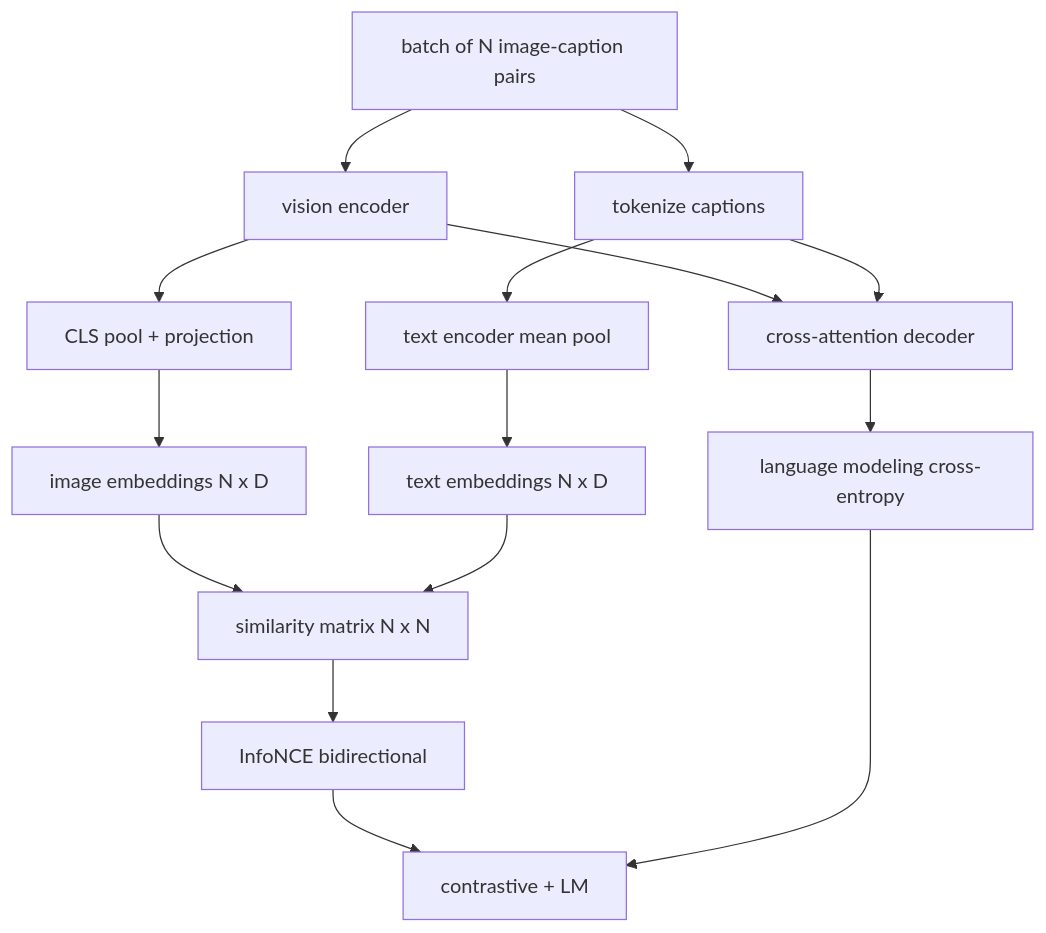
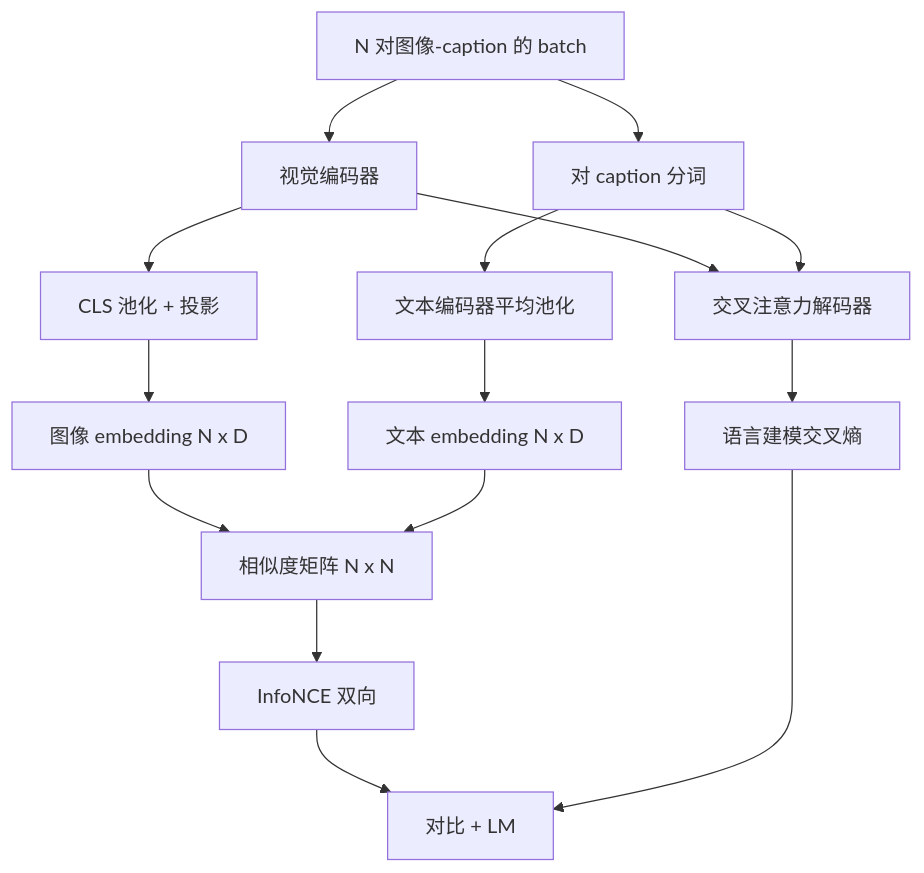
One commit to guangningsun/ailearning changed the diagram in lessons/19-capstone-projects/62-vision-language-pretraining/docs/zh.md. Above: the diagram before and after it, drawn with Mermaid. The commit also changed other lines of this file and 85 other files, not shown here.

````diff
--- a/lessons/19-capstone-projects/62-vision-language-pretraining/docs/zh.md
+++ b/lessons/19-capstone-projects/62-vision-language-pretraining/docs/zh.md
@@ -25,17 +25,17 @@
 ```mermaid
 flowchart TB
-  Batch[batch of N image-caption pairs] --> Enc[vision encoder]
-  Batch --> Tok[tokenize captions]
-  Enc --> Pool[CLS pool + projection]
-  Tok --> TxtEnc[text encoder mean pool]
-  Pool --> ImgEmb[image embeddings N x D]
-  TxtEnc --> TxtEmb[text embeddings N x D]
-  ImgEmb --> Sim[similarity matrix N x N]
+  Batch[N 对图像-caption 的 batch] --> Enc[视觉编码器]
+  Batch --> Tok[对 caption 分词]
+  Enc --> Pool[CLS 池化 + 投影]
+  Tok --> TxtEnc[文本编码器平均池化]
+  Pool --> ImgEmb[图像 embedding N x D]
+  TxtEnc --> TxtEmb[文本 embedding N x D]
+  ImgEmb --> Sim[相似度矩阵 N x N]
   TxtEmb --> Sim
-  Sim --> CL[InfoNCE bidirectional]
-  Enc --> Dec[cross-attention decoder]
+  Sim --> CL[InfoNCE 双向]
+  Enc --> Dec[交叉注意力解码器]
   Tok --> Dec
-  Dec --> LM[language modeling cross-entropy]
-  CL --> Total[contrastive + LM]
+  Dec --> LM[语言建模交叉熵]
+  CL --> Total[对比 + LM]
   LM --> Total
 ```
````
